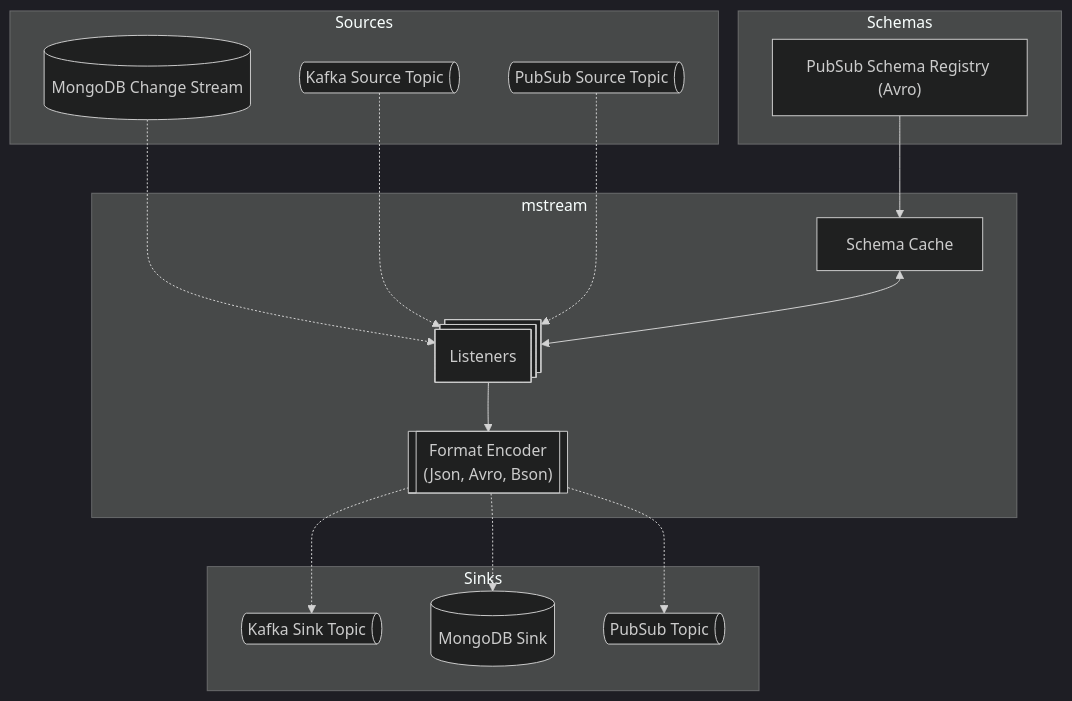
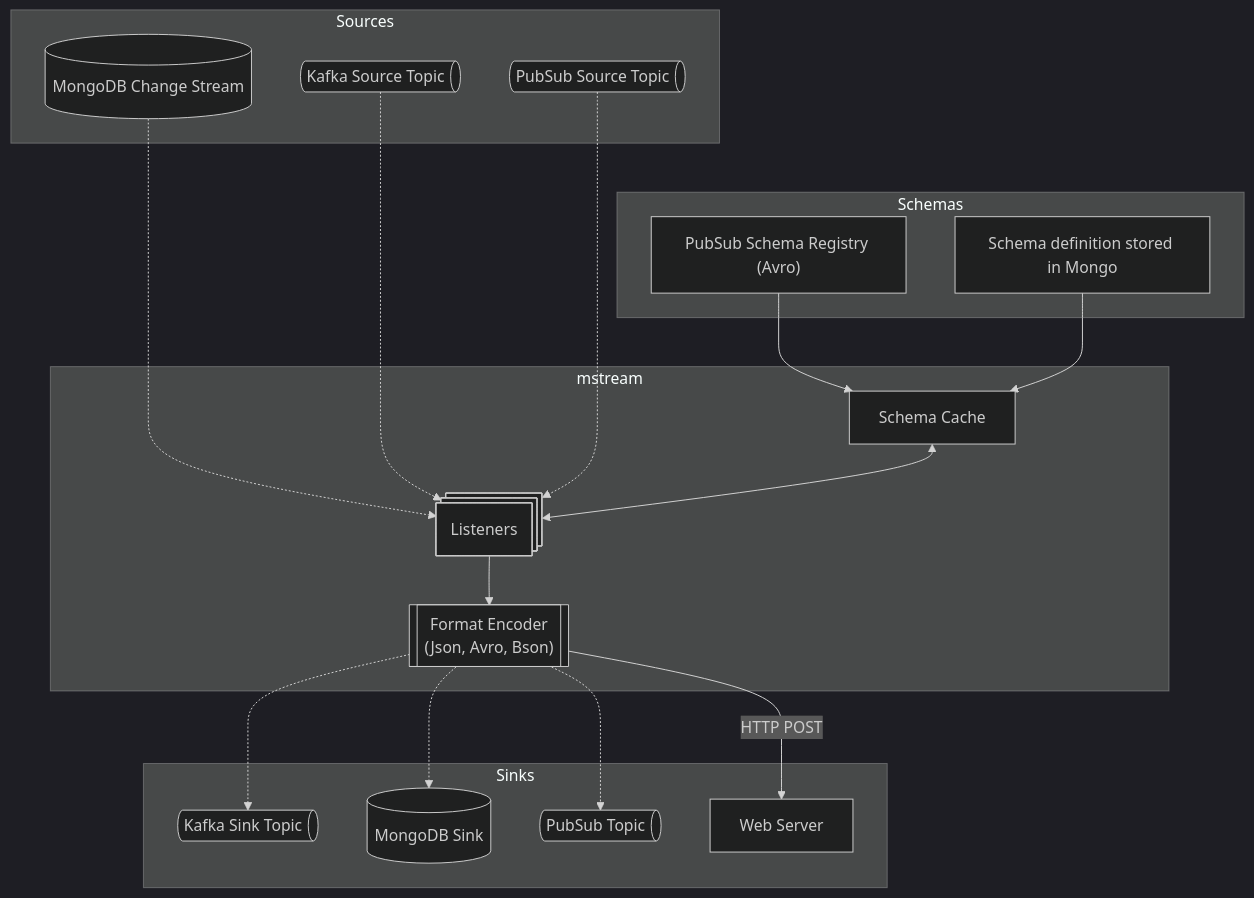
The diagram in README.md (makarski/mstream), drawn with Mermaid (dark theme) before and after one commit. The commit also changed other lines of this file and 10 other files, not shown here.

Commit message:
Add Web Server sink support: HTTP POST

````diff
--- a/README.md
+++ b/README.md
@@ -10,41 +27,45 @@
 ```mermaid
 graph TB
     subgraph mstream[mstream]
         handler@{ shape: procs, label: "Listeners"}
         %% kafka_consumer[Kafka Consumer]
         schema_cache[Schema Cache]
         encoder[["`Format Encoder
         (Json, Avro, Bson)`"]]
     end
 
     subgraph sources[Sources]
         kafka_source@{ shape: das, label: "Kafka Source Topic" }
         pubsub_source_topic@{ shape: das, label: "PubSub Source Topic" }
         mongodb_source@{shape: database, label: "MongoDB Change Stream" }
     end
 
 
     subgraph sinks[Sinks]
         kafka_sink@{ shape: das, label: "Kafka Sink Topic" }
         mongodb_target[(MongoDB Sink)]
         pubsub_sink_topic@{ shape: das, label: "PubSub Topic" }
+        http_sink["Web Server"]
     end
 
 
     subgraph schemas[Schemas]
-        schema_registry@{label: "PubSub Schema Registry (Avro)" }
+        pubsub_schema_registry@{label: "PubSub Schema Registry (Avro)" }
+        mongodb_schema_storage@{label: "Schema definition stored in Mongo"}
     end
 
 
     mongodb_source -.-> handler
-    kafka_source -..-> handler
+    kafka_source -...-> handler
     pubsub_source_topic -.-> handler
-    schema_registry --> schema_cache
+    pubsub_schema_registry --> schema_cache
+    mongodb_schema_storage --> schema_cache
 
     handler --> encoder
     schema_cache <-->handler
 
     encoder -.-> mongodb_target
     encoder -.-> pubsub_sink_topic
     encoder -.-> kafka_sink
+    encoder --> |HTTP POST| http_sink
 ```
````
